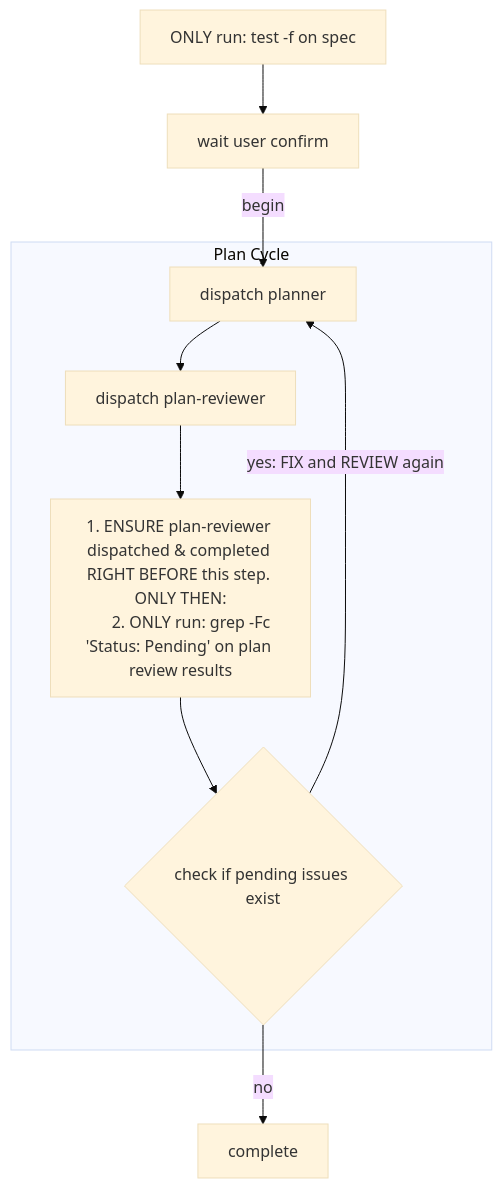
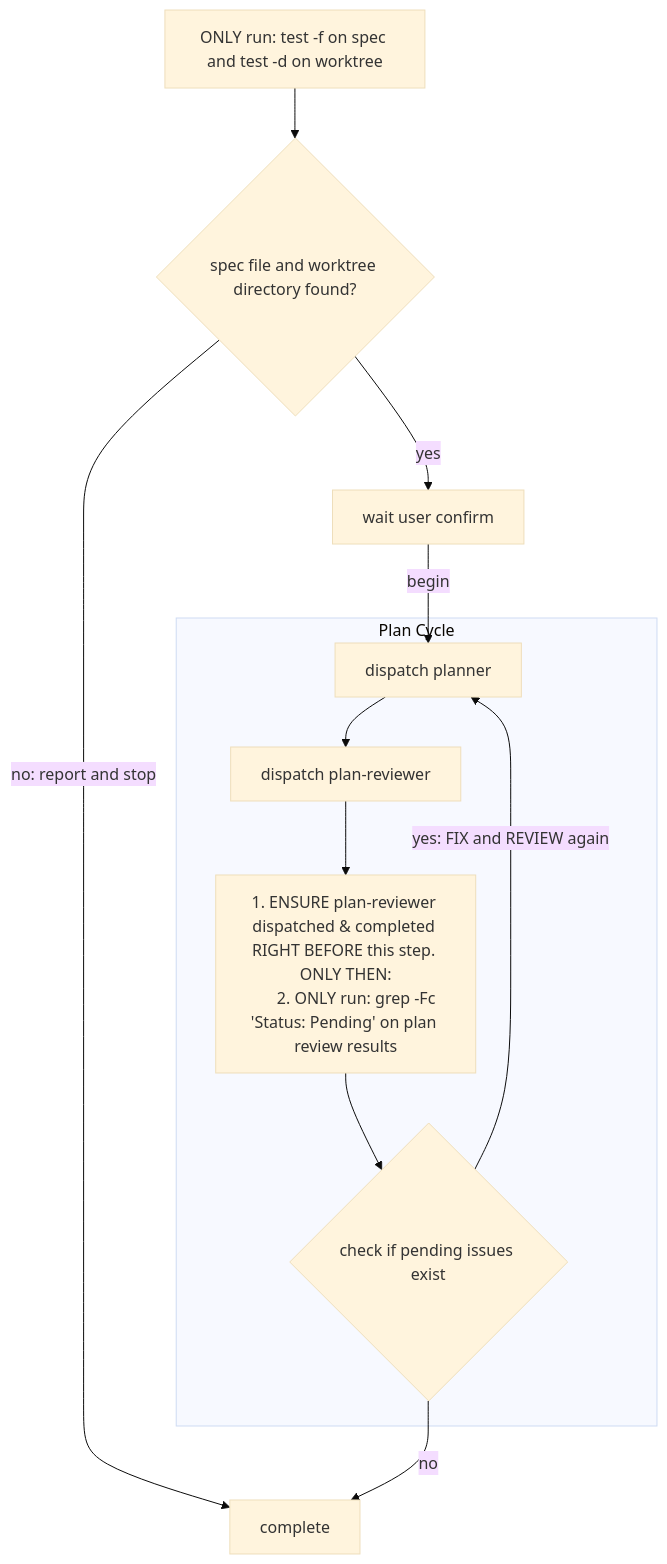
The diagram in skills/planning/SKILL.md (abadcafe/superteam), drawn with Mermaid (base theme) before and after one commit. The commit also changed other lines of this file and 9 other files, not shown here.

First line of the commit message:
feat(worktree): integrate git worktree support into planning/executing flow

````diff
--- a/skills/planning/SKILL.md
+++ b/skills/planning/SKILL.md
@@ -41,25 +43,28 @@
 ```mermaid
 flowchart TD
-  check_spec_exists["ONLY run: test -f on spec"]
+  discover_spec_and_worktree["ONLY run: test -f on spec and test -d on worktree"]
+  check_spec_and_worktree_found{"spec file and worktree directory found?"}
   wait_user_confirm["wait user confirm"]
   complete["complete"]
 
   subgraph plan_cycle["Plan Cycle"]
     dispatch_planner["dispatch planner"]
     dispatch_plan_reviewer["dispatch plan-reviewer"]
     count_pending_issues["
       1. ENSURE plan-reviewer dispatched & completed RIGHT BEFORE this step. ONLY THEN:
       2. ONLY run: grep -Fc 'Status: Pending' on plan review results
     "]
     check_pending_issues_exist{"check if pending issues exist"}
 
     dispatch_planner --> dispatch_plan_reviewer
     dispatch_plan_reviewer --> count_pending_issues
     count_pending_issues --> check_pending_issues_exist
     check_pending_issues_exist -->|"yes: FIX and REVIEW again"| dispatch_planner
   end
 
-  check_spec_exists --> wait_user_confirm
+  discover_spec_and_worktree --> check_spec_and_worktree_found
+  check_spec_and_worktree_found -->|"yes"| wait_user_confirm
+  check_spec_and_worktree_found -->|"no: report and stop"| complete
   wait_user_confirm -->|"begin"| dispatch_planner
   check_pending_issues_exist -->|"no"| complete
 ```
````
